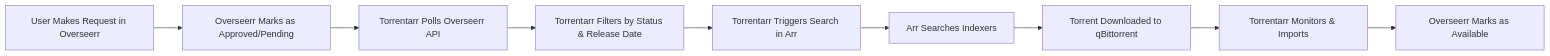
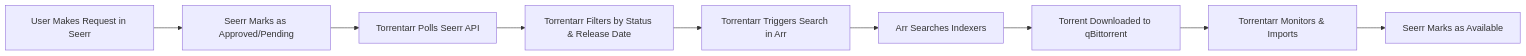
One commit to Feramance/Torrentarr changed the diagram in docs/configuration/search/overseerr.md. Above: the diagram before and after it, drawn with Mermaid. The commit also changed other lines of this file and 16 other files, not shown here.

Commit message:
Support Seerr and fix request provider polling

````diff
--- a/docs/configuration/search/overseerr.md
+++ b/docs/configuration/search/overseerr.md
@@ -26,11 +26,11 @@
 ```mermaid
 graph LR
-    A[User Makes Request in Overseerr] --> B[Overseerr Marks as Approved/Pending]
-    B --> C[Torrentarr Polls Overseerr API]
+    A[User Makes Request in Seerr] --> B[Seerr Marks as Approved/Pending]
+    B --> C[Torrentarr Polls Seerr API]
     C --> D[Torrentarr Filters by Status & Release Date]
     D --> E[Torrentarr Triggers Search in Arr]
     E --> F[Arr Searches Indexers]
     F --> G[Torrent Downloaded to qBittorrent]
     G --> H[Torrentarr Monitors & Imports]
-    H --> I[Overseerr Marks as Available]
+    H --> I[Seerr Marks as Available]
 ```
````
